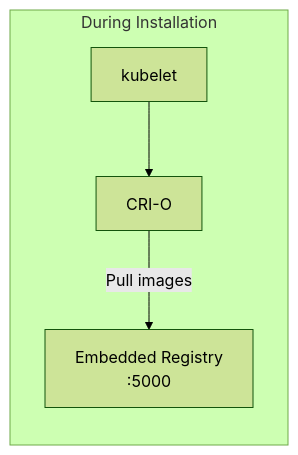
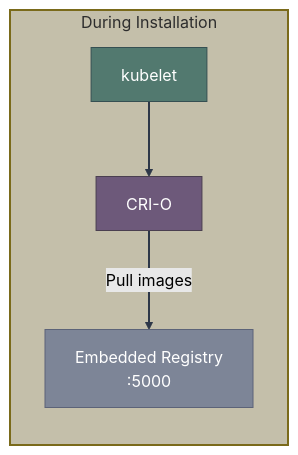
One commit to zszabo-rh/openshift-install-guide changed the fourth of 4 diagrams in 04-image-based-installation/appliance.md. Above: the diagram before and after it, drawn with Mermaid (forest theme). The commit also changed other lines of this file and 16 other files, not shown here.

Commit message:
improved diagram style

````diff
--- a/04-image-based-installation/appliance.md
+++ b/04-image-based-installation/appliance.md
@@ -281,11 +318,19 @@
 ```mermaid
 graph LR
-    subgraph "During Installation"
+    subgraph install["During Installation"]
         KUBELET[kubelet]
         CRIO[CRI-O]
         REG[Embedded Registry<br/>:5000]
         
         KUBELET --> CRIO
         CRIO -->|Pull images| REG
     end
+    
+    style KUBELET fill:#52796f,stroke:#354f52,color:#fff
+    style CRIO fill:#6d597a,stroke:#4a3f50,color:#fff
+    style REG fill:#7d8597,stroke:#5c6378,color:#fff
+    
+    style install fill:#c4bfaa,stroke:#7a6a1a,stroke-width:2px,color:#2d2d2d
+    
+    linkStyle default stroke:#2d3748,stroke-width:2px
 ```
````
